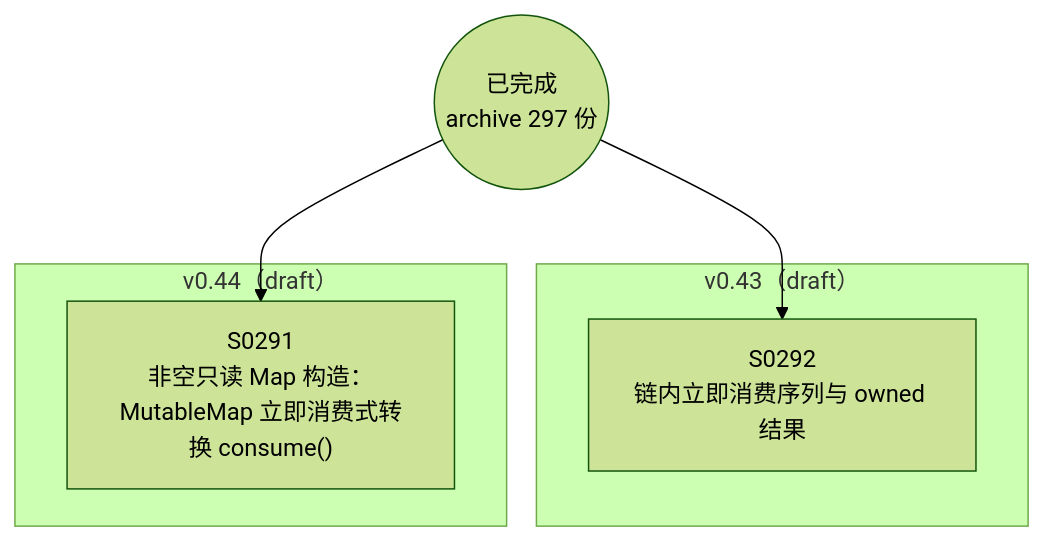
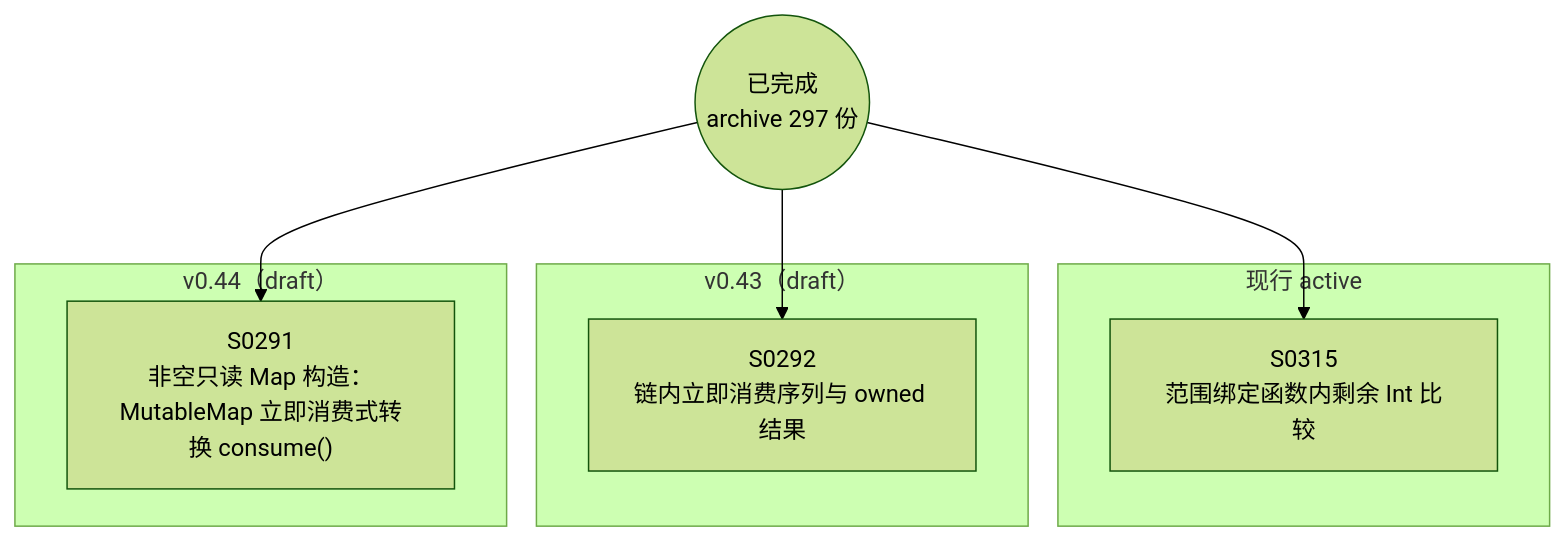
One commit to Halckon/Koven changed the diagram in docs/specs/dependency-graph.md. Above: the diagram before and after it, drawn with Mermaid (forest theme). The commit also changed other lines of this file and 10 other files, not shown here.

````diff
--- a/docs/specs/dependency-graph.md
+++ b/docs/specs/dependency-graph.md
@@ -9,12 +9,16 @@
 ```mermaid
 flowchart TD
 ARCH(("已完成<br/>archive 297 份"))
+subgraph Gactive["现行 active"]
+  S0315["S0315<br/>范围绑定函数内剩余 Int 比较"]
+end
 subgraph Gdrafts_v043["v0.43（draft）"]
   S0292["S0292<br/>链内立即消费序列与 owned 结果"]
 end
 subgraph Gdrafts_v044["v0.44（draft）"]
   S0291["S0291<br/>非空只读 Map 构造：MutableMap 立即消费式转换 consume()"]
 end
 ARCH --> S0291
 ARCH --> S0292
+ARCH --> S0315
 ```
````
